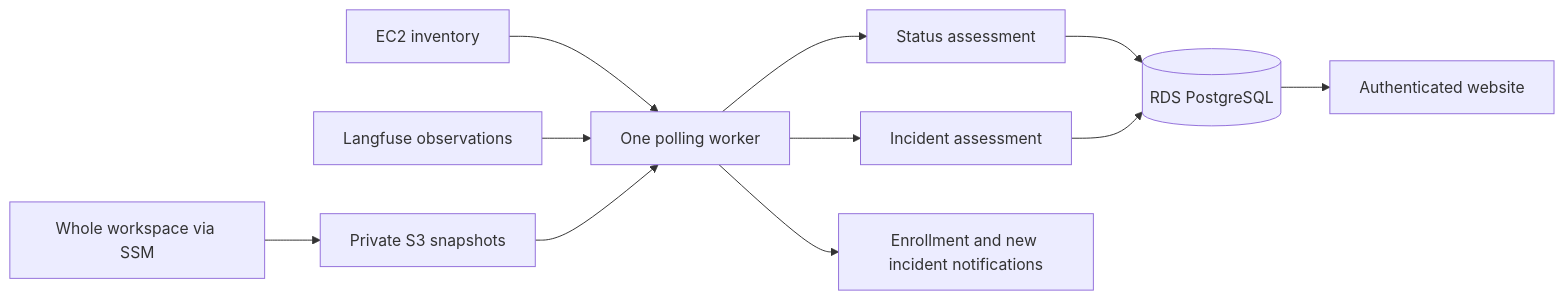
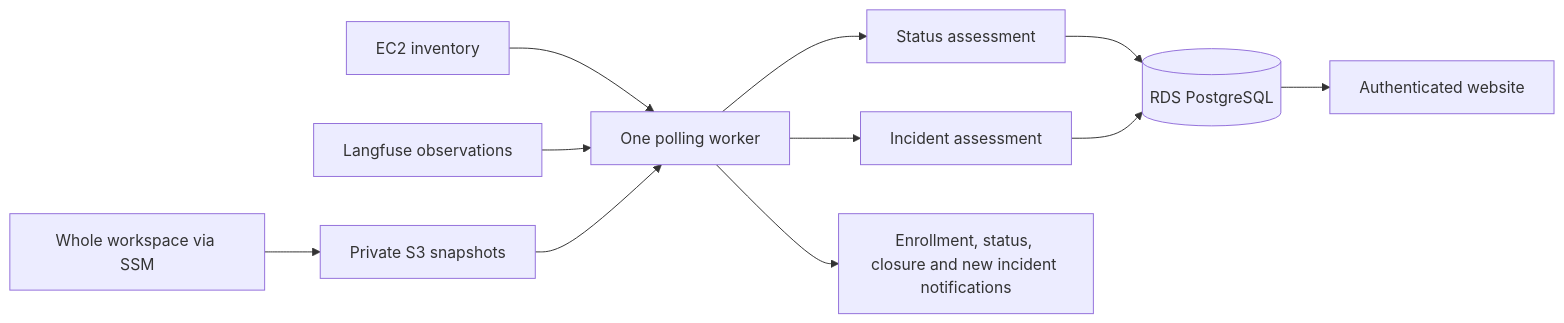
Before and after one commit to sage-princeton/crux-in-a-box: the diagram in src/monitoring/README.md, drawn with Mermaid. The commit also changed other lines of this file and 9 other files, not shown here.

````diff
--- a/src/monitoring/README.md
+++ b/src/monitoring/README.md
@@ -23,13 +23,13 @@
 ```mermaid
 flowchart LR
   EC2[EC2 inventory] --> Worker[One polling worker]
   Workspace[Whole workspace via SSM] --> S3[Private S3 snapshots]
   Langfuse[Langfuse observations] --> Worker
   S3 --> Worker
   Worker --> Status[Status assessment]
   Worker --> Incidents[Incident assessment]
   Status --> SQL[(RDS PostgreSQL)]
   Incidents --> SQL
   SQL --> Web[Authenticated website]
-  Worker --> Slack[Enrollment and new incident notifications]
+  Worker --> Slack[Enrollment, status, closure and new incident notifications]
 ```
````
